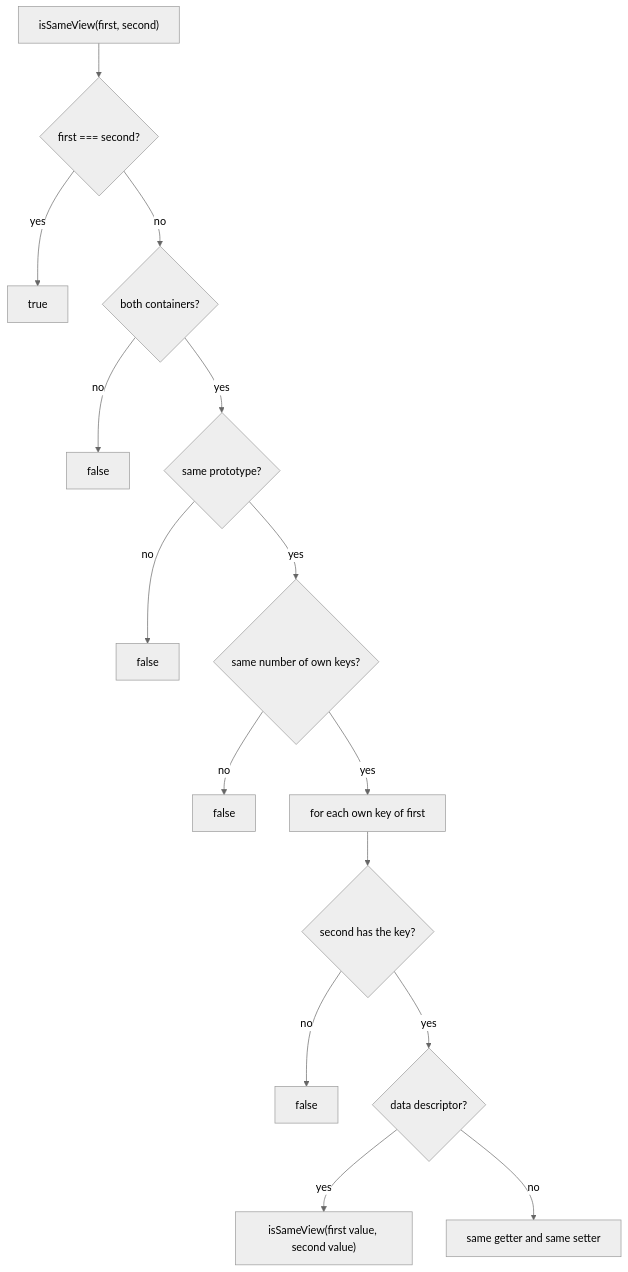
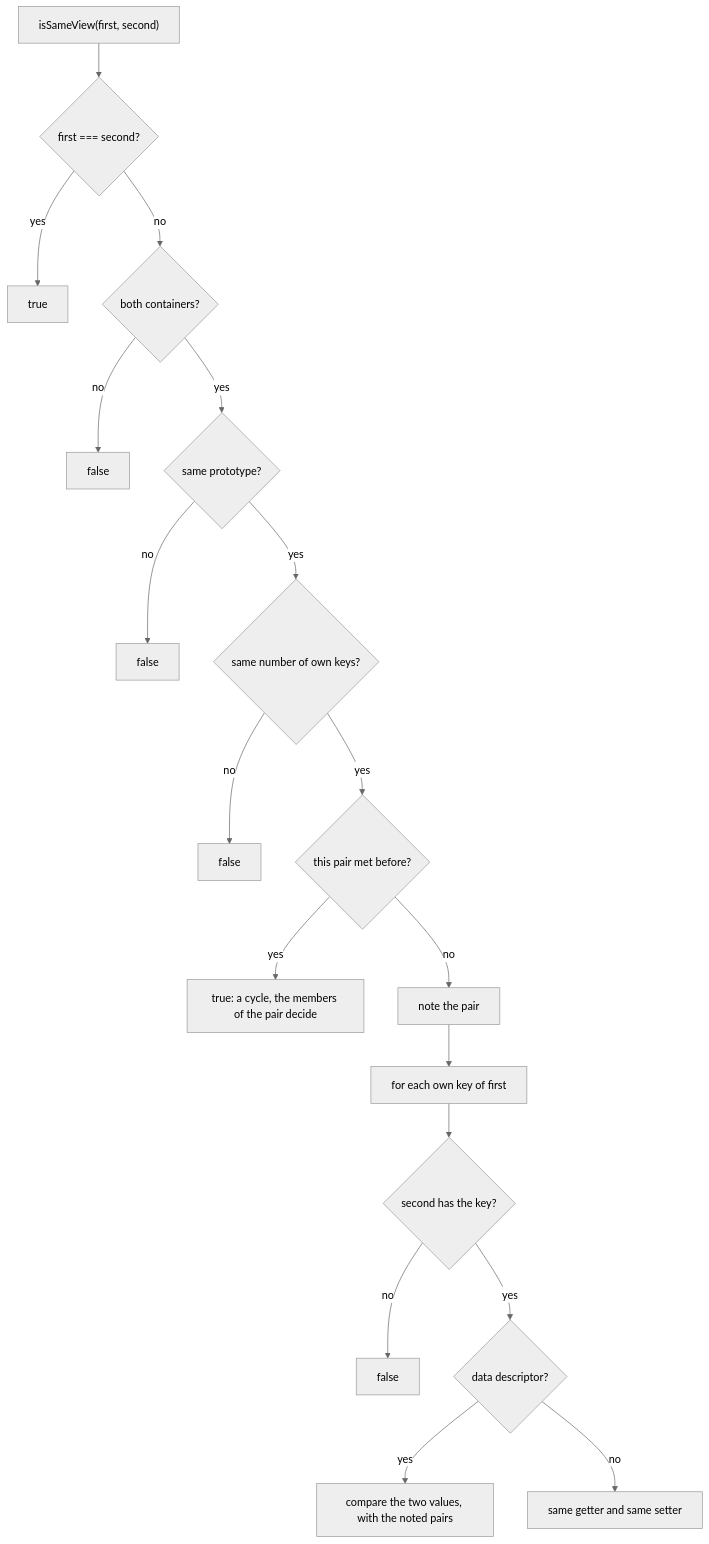
The diagram in packages/core/src/sameView.md (soroush-tech/umber-style), drawn with Mermaid (neutral theme) before and after one commit. The commit also changed other lines of this file and 127 other files, not shown here.

````diff
--- a/packages/core/src/sameView.md
+++ b/packages/core/src/sameView.md
@@ -24,17 +24,20 @@
 ```mermaid
 flowchart TD
   start["isSameView(first, second)"] --> id{"first === second?"}
   id -->|yes| yes1["true"]
   id -->|no| cont{"both containers?"}
   cont -->|no| no1["false"]
   cont -->|yes| proto{"same prototype?"}
   proto -->|no| no2["false"]
   proto -->|yes| count{"same number of own keys?"}
   count -->|no| no3["false"]
-  count -->|yes| each["for each own key of first"]
+  count -->|yes| seen{"this pair met before?"}
+  seen -->|yes| yes2["true: a cycle, the members of the pair decide"]
+  seen -->|no| note["note the pair"]
+  note --> each["for each own key of first"]
   each --> desc{"second has the key?"}
   desc -->|no| no4["false"]
   desc -->|yes| kind{"data descriptor?"}
-  kind -->|yes| rec["isSameView(first value, second value)"]
+  kind -->|yes| rec["compare the two values, with the noted pairs"]
   kind -->|no| acc["same getter and same setter"]
 ```
````
